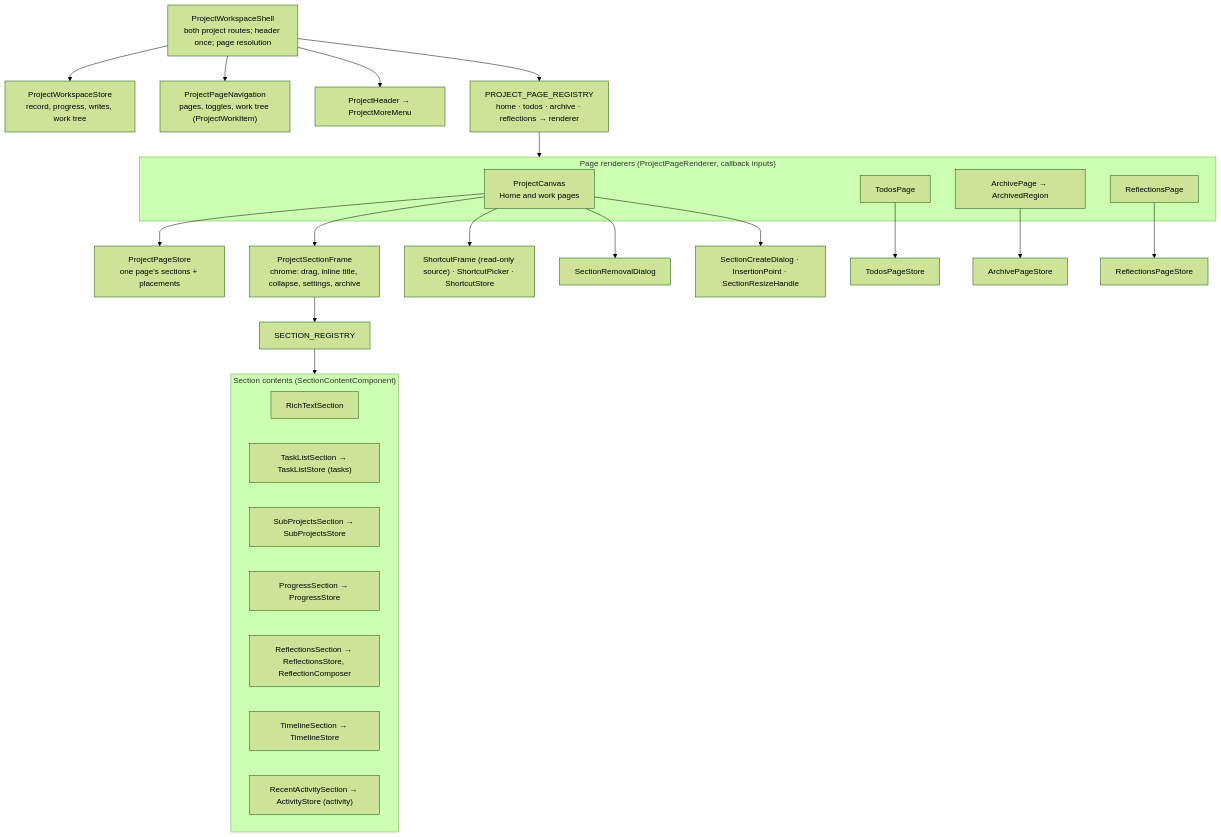
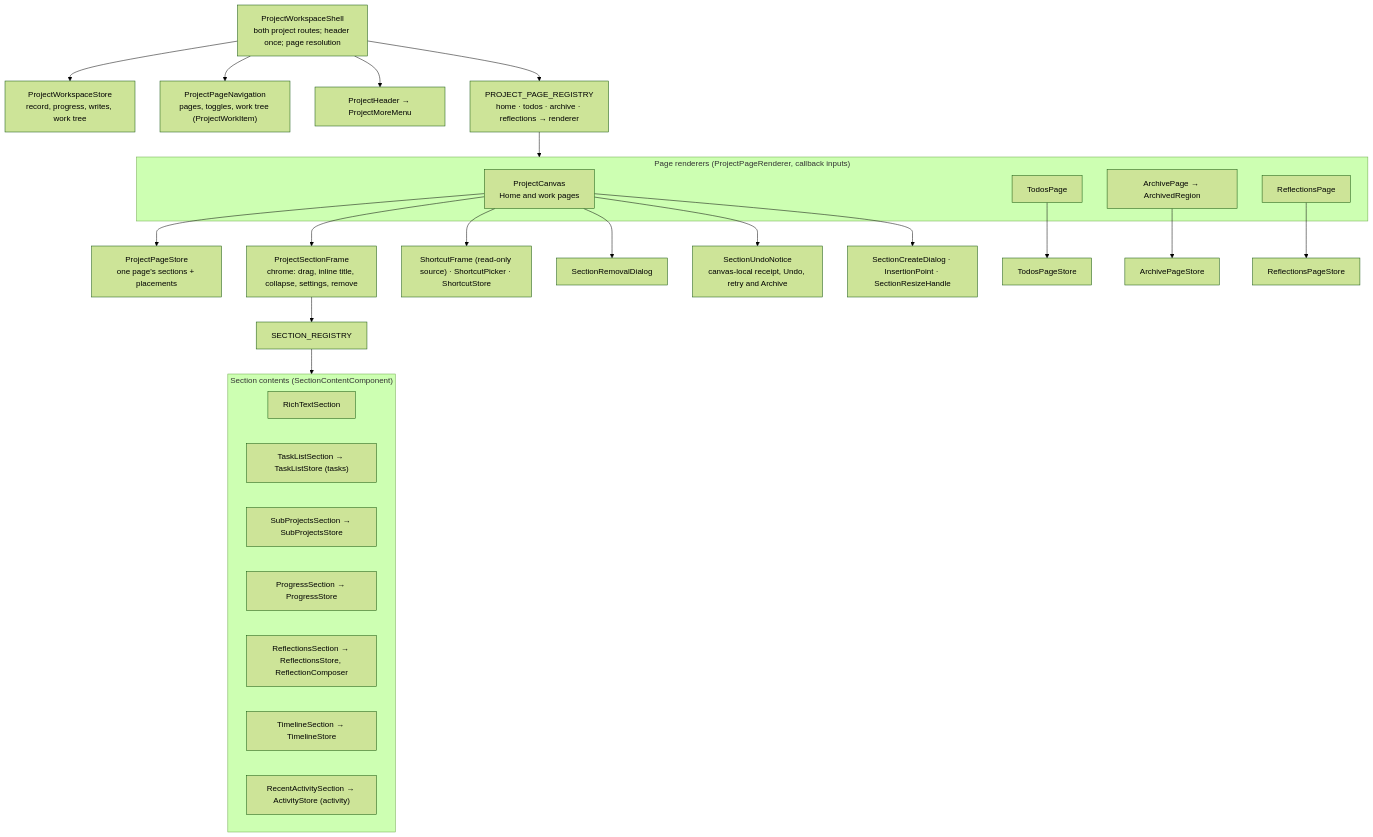
Before and after one commit to CalciteDragon/Canvas-work-manager-prototype: the first of 2 diagrams in docs/architecture/web/projects/what.md, drawn with Mermaid (forest theme). The commit also changed other lines of this file and 101 other files, not shown here.

````diff
--- a/docs/architecture/web/projects/what.md
+++ b/docs/architecture/web/projects/what.md
@@ -5,44 +5,46 @@
 ```mermaid
 flowchart TB
   shell["ProjectWorkspaceShell<br/>both project routes; header once; page resolution"]
   wstore["ProjectWorkspaceStore<br/>record, progress, writes, work tree"]
   nav["ProjectPageNavigation<br/>pages, toggles, work tree (ProjectWorkItem)"]
   header["ProjectHeader → ProjectMoreMenu"]
   reg["PROJECT_PAGE_REGISTRY<br/>home · todos · archive · reflections → renderer"]
   subgraph renderers["Page renderers (ProjectPageRenderer, callback inputs)"]
     canvas["ProjectCanvas<br/>Home and work pages"]
     todos["TodosPage"]
     archive["ArchivePage → ArchivedRegion"]
     refl["ReflectionsPage"]
   end
   pstore["ProjectPageStore<br/>one page's sections + placements"]
   tstore["TodosPageStore"]
   astore["ArchivePageStore"]
   rstore["ReflectionsPageStore"]
-  frame["ProjectSectionFrame<br/>chrome: drag, inline title, collapse, settings, archive"]
+  frame["ProjectSectionFrame<br/>chrome: drag, inline title, collapse, settings, remove"]
   sreg["SECTION_REGISTRY"]
   subgraph sections["Section contents (SectionContentComponent)"]
     rt["RichTextSection"]
     tl["TaskListSection → TaskListStore (tasks)"]
     sp["SubProjectsSection → SubProjectsStore"]
     pg["ProgressSection → ProgressStore"]
     rf["ReflectionsSection → ReflectionsStore, ReflectionComposer"]
     tm["TimelineSection → TimelineStore"]
     ra["RecentActivitySection → ActivityStore (activity)"]
   end
   sc["ShortcutFrame (read-only source) · ShortcutPicker · ShortcutStore"]
   dialog["SectionRemovalDialog"]
+  notice["SectionUndoNotice<br/>canvas-local receipt, Undo, retry and Archive"]
   create["SectionCreateDialog · InsertionPoint · SectionResizeHandle"]
   shell --> wstore
   shell --> nav
   shell --> header
   shell --> reg --> renderers
   canvas --> pstore
   todos --> tstore
   archive --> astore
   refl --> rstore
   canvas --> frame --> sreg --> sections
   canvas --> sc
   canvas --> dialog
+  canvas --> notice
   canvas --> create
 ```
````
